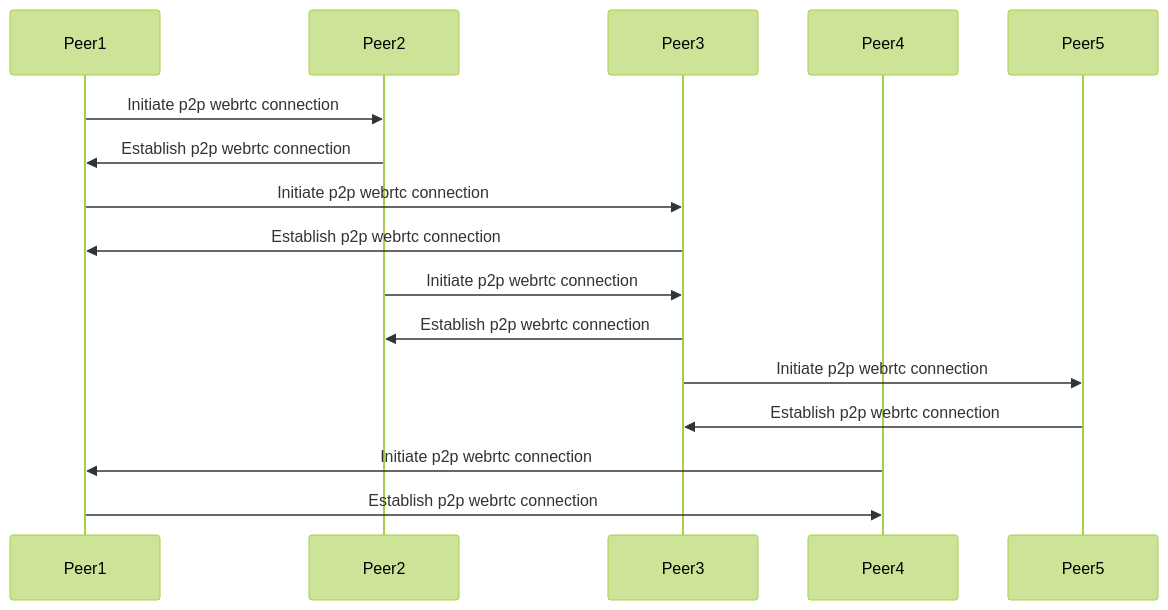
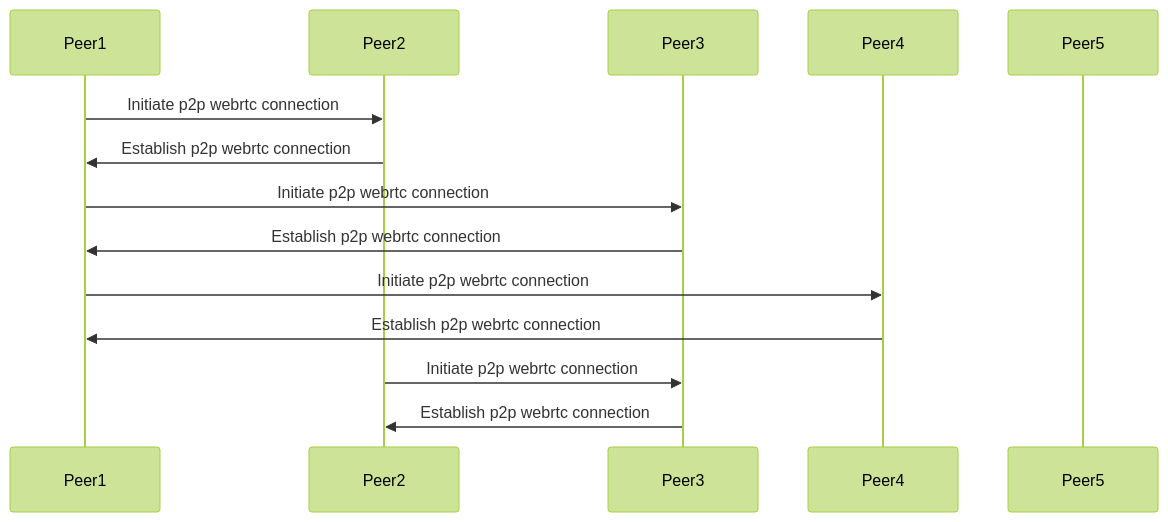
The first of 4 diagrams in RFC/RFC-14-p2p-adapter.md (decentraland/adr), drawn with Mermaid (forest theme) before and after one commit. The commit also changed other lines of this file, not shown here.

````diff
--- a/RFC/RFC-14-p2p-adapter.md
+++ b/RFC/RFC-14-p2p-adapter.md
@@ -88,23 +88,20 @@
 ```mermaid
 sequenceDiagram
     participant Peer1
     participant Peer2
     participant Peer3
     participant Peer4
     participant Peer5
 
     Peer1->>Peer2: Initiate p2p webrtc connection
     Peer2->>Peer1: Establish p2p webrtc connection
 
     Peer1->>Peer3: Initiate p2p webrtc connection
     Peer3->>Peer1: Establish p2p webrtc connection
 
+    Peer1->>Peer4: Initiate p2p webrtc connection
+    Peer4->>Peer1: Establish p2p webrtc connection
+
     Peer2->>Peer3: Initiate p2p webrtc connection
     Peer3->>Peer2: Establish p2p webrtc connection
-
-    Peer3->>Peer5: Initiate p2p webrtc connection
-    Peer5->>Peer3: Establish p2p webrtc connection
-
-    Peer4->>Peer1: Initiate p2p webrtc connection
-    Peer1->>Peer4: Establish p2p webrtc connection
 ```
````
